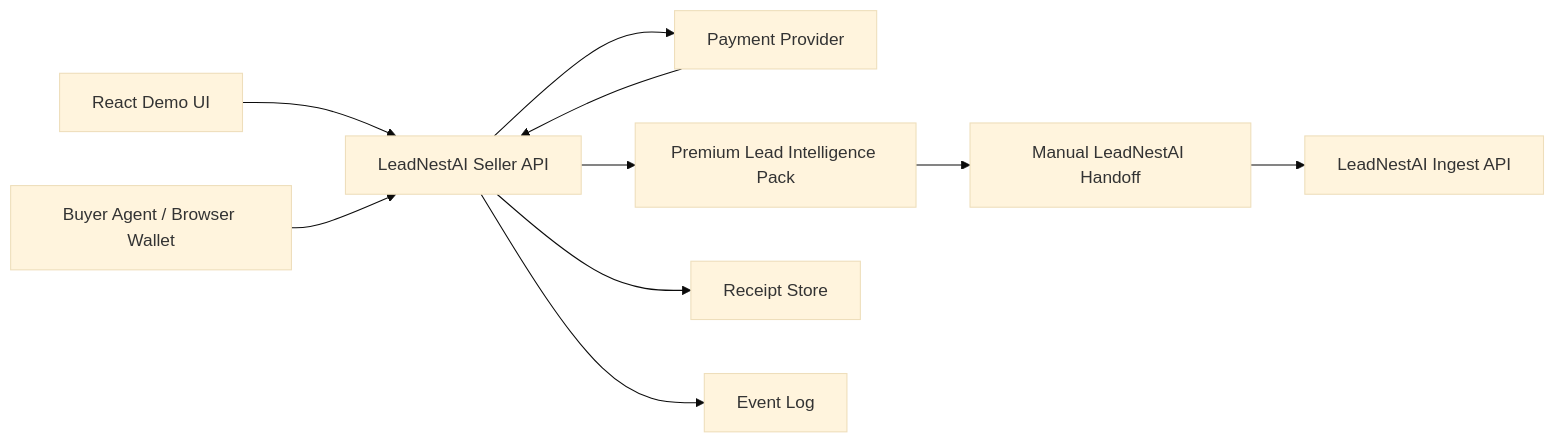
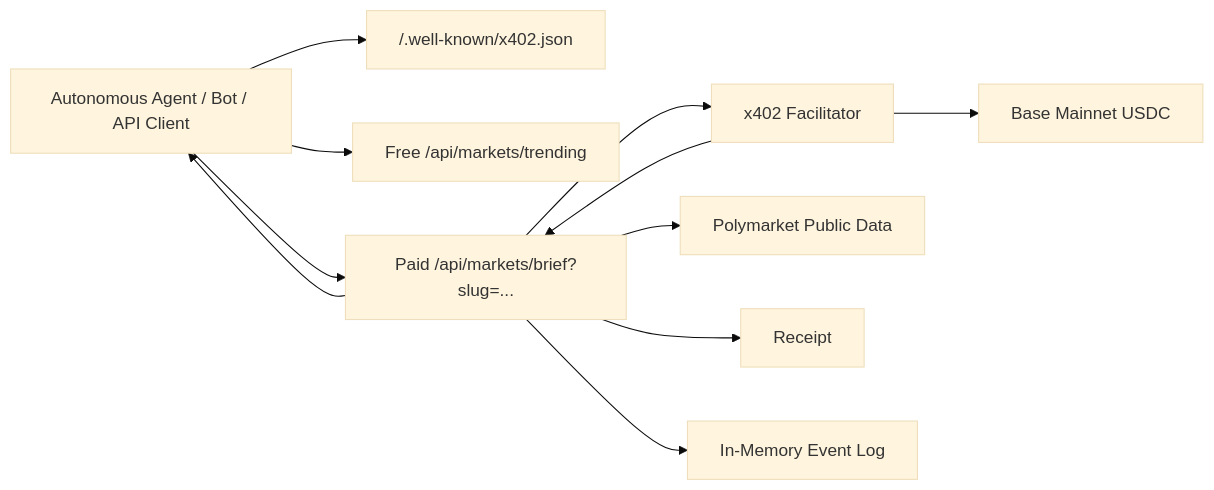
Before and after one commit to Bobjonesgood/x402nano: the first of 2 diagrams in ARCHITECTURE.md, drawn with Mermaid (base theme). The commit also changed other lines of this file and 3 other files, not shown here.

````diff
--- a/ARCHITECTURE.md
+++ b/ARCHITECTURE.md
@@ -11,22 +22,23 @@
 ```mermaid
 flowchart LR
-  UI["React Demo UI"]
-  Agent["Buyer Agent / Browser Wallet"]
-  API["LeadNestAI Seller API"]
-  Provider["Payment Provider"]
-  Leads["Premium Lead Intelligence Pack"]
-  Handoff["Manual LeadNestAI Handoff"]
-  LeadNest["LeadNestAI Ingest API"]
-  Receipts["Receipt Store"]
-  Events["Event Log"]
+  Agent["Autonomous Agent / Bot / API Client"]
+  Discovery["/.well-known/x402.json"]
+  Trending["Free /api/markets/trending"]
+  Brief["Paid /api/markets/brief?slug=..."]
+  Provider["x402 Facilitator"]
+  Base["Base Mainnet USDC"]
+  Poly["Polymarket Public Data"]
+  Receipt["Receipt"]
+  Events["In-Memory Event Log"]
 
-  UI --> API
-  Agent --> API
-  API --> Provider
-  Provider --> API
-  API --> Leads
-  Leads --> Handoff
-  Handoff --> LeadNest
-  API --> Receipts
-  API --> Events
+  Agent --> Discovery
+  Agent --> Trending
+  Agent --> Brief
+  Brief --> Poly
+  Brief --> Provider
+  Provider --> Base
+  Provider --> Brief
+  Brief --> Receipt
+  Brief --> Events
+  Brief --> Agent
 ```
````
